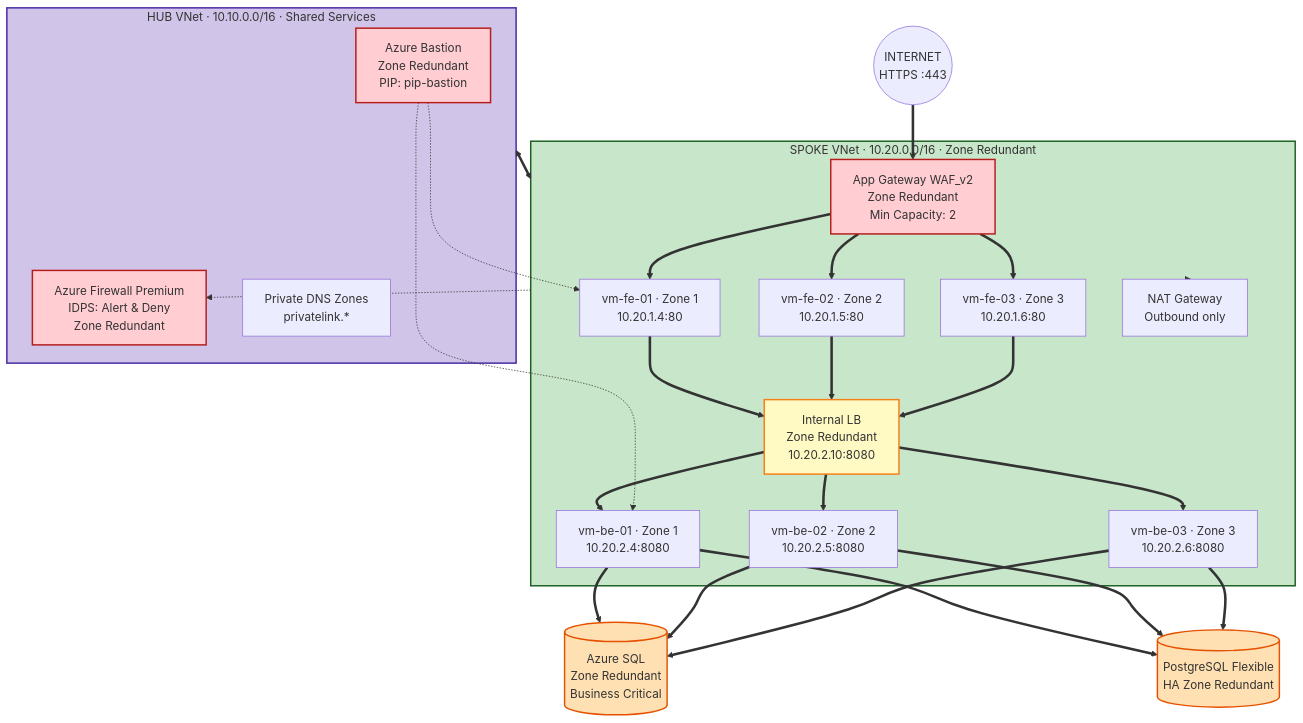
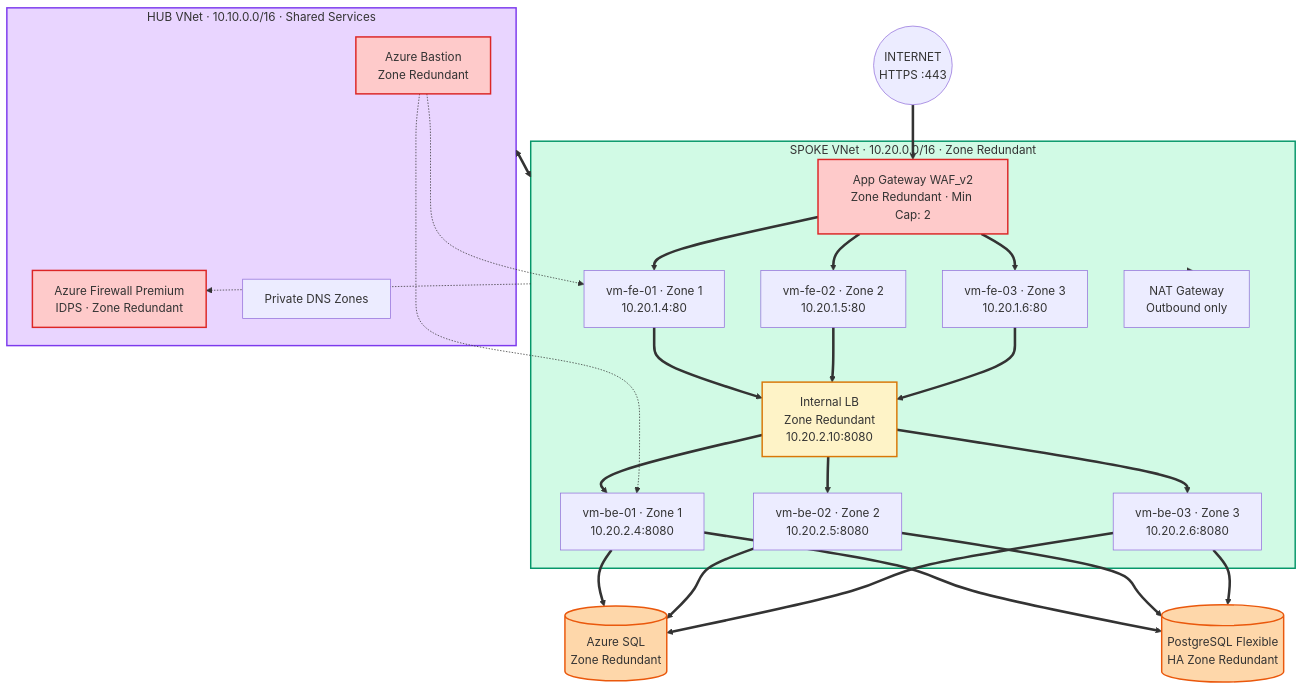
One commit to tripathicle/Workload-Landing-Zone changed the third of 5 diagrams in README.md. Above: the diagram before and after it, drawn with Mermaid. The commit also changed other lines of this file, not shown here.

````diff
--- a/README.md
+++ b/README.md
@@ -789,59 +942,59 @@
 ```mermaid
 flowchart TB
   Internet(("INTERNET<br/>HTTPS :443"))
 
   subgraph HUB["HUB VNet · 10.10.0.0/16 · Shared Services"]
-    BASTION["Azure Bastion<br/>Zone Redundant<br/>PIP: pip-bastion"]
-    FW["Azure Firewall Premium<br/>IDPS: Alert & Deny<br/>Zone Redundant"]
-    DNS["Private DNS Zones<br/>privatelink.*"]
+    BASTION["Azure Bastion<br/>Zone Redundant"]
+    FW["Azure Firewall Premium<br/>IDPS · Zone Redundant"]
+    DNS["Private DNS Zones"]
   end
 
   subgraph SPOKE["SPOKE VNet · 10.20.0.0/16 · Zone Redundant"]
-    AGW["App Gateway WAF_v2<br/>Zone Redundant<br/>Min Capacity: 2"]
+    AGW["App Gateway WAF_v2<br/>Zone Redundant · Min Cap: 2"]
     FE1["vm-fe-01 · Zone 1<br/>10.20.1.4:80"]
     FE2["vm-fe-02 · Zone 2<br/>10.20.1.5:80"]
     FE3["vm-fe-03 · Zone 3<br/>10.20.1.6:80"]
     ILB["Internal LB<br/>Zone Redundant<br/>10.20.2.10:8080"]
     BE1["vm-be-01 · Zone 1<br/>10.20.2.4:8080"]
     BE2["vm-be-02 · Zone 2<br/>10.20.2.5:8080"]
     BE3["vm-be-03 · Zone 3<br/>10.20.2.6:8080"]
     NAT["NAT Gateway<br/>Outbound only"]
   end
 
-  SQL[("Azure SQL<br/>Zone Redundant<br/>Business Critical")]
+  SQL[("Azure SQL<br/>Zone Redundant")]
   PG[("PostgreSQL Flexible<br/>HA Zone Redundant")]
 
   Internet ==> AGW
   AGW ==> FE1
   AGW ==> FE2
   AGW ==> FE3
   FE1 ==> ILB
   FE2 ==> ILB
   FE3 ==> ILB
   ILB ==> BE1
   ILB ==> BE2
   ILB ==> BE3
   BE1 ==> SQL
   BE2 ==> SQL
   BE3 ==> SQL
   BE1 ==> PG
   BE2 ==> PG
   BE3 ==> PG
   BASTION -.-> FE1
   BASTION -.-> BE1
   HUB <==> SPOKE
   SPOKE -.-> FW
   SPOKE -.-> NAT
 
-  classDef hubStyle fill:#d1c4e9,stroke:#4527a0,stroke-width:2px
-  classDef spokeStyle fill:#c8e6c9,stroke:#1b5e20,stroke-width:2px
-  classDef dataStyle fill:#ffe0b2,stroke:#e65100,stroke-width:2px
-  classDef secStyle fill:#ffcdd2,stroke:#b71c1c,stroke-width:2px
-  classDef lbStyle fill:#fff9c4,stroke:#f57f17,stroke-width:2px
+  classDef hubStyle fill:#e9d5ff,stroke:#7c3aed,stroke-width:2px
+  classDef spokeStyle fill:#d1fae5,stroke:#059669,stroke-width:2px
+  classDef dataStyle fill:#fed7aa,stroke:#ea580c,stroke-width:2px
+  classDef secStyle fill:#fecaca,stroke:#dc2626,stroke-width:2px
+  classDef lbStyle fill:#fef3c7,stroke:#d97706,stroke-width:2px
 
   class HUB hubStyle
   class SPOKE spokeStyle
   class SQL,PG dataStyle
   class AGW,BASTION,FW secStyle
   class ILB lbStyle
 ```
````
